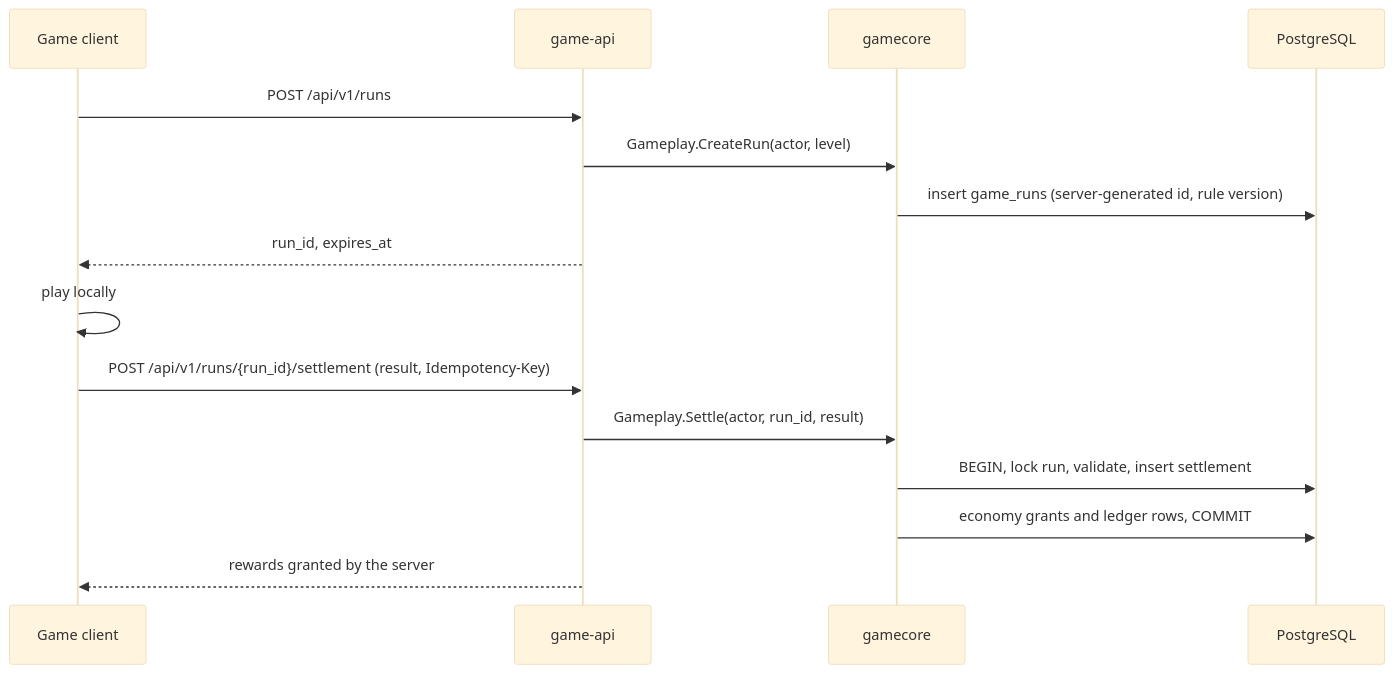
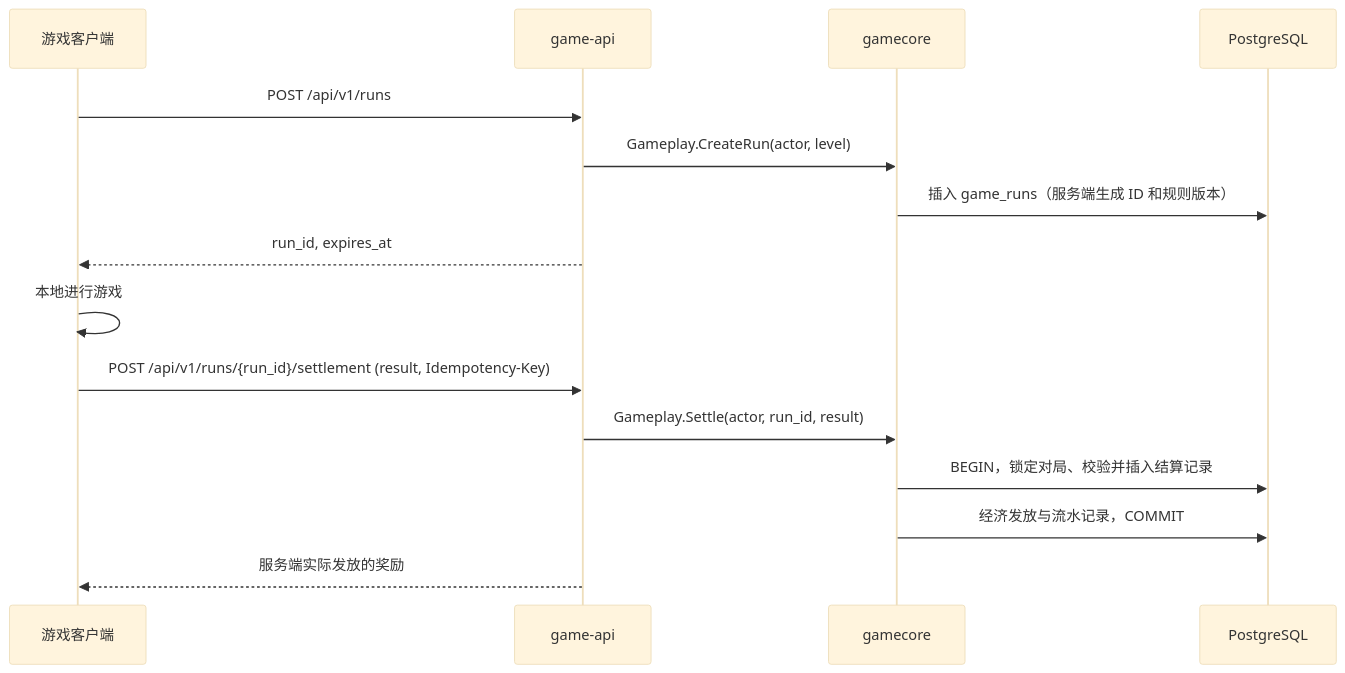
Before and after one commit to Sakuya1998/game-platform: the third of 3 diagrams in docs/architecture/system-architecture.md, drawn with Mermaid (base theme). The commit also changed other lines of this file and 35 other files, not shown here.

````diff
--- a/docs/architecture/system-architecture.md
+++ b/docs/architecture/system-architecture.md
@@ -90,17 +90,17 @@
 ```mermaid
 sequenceDiagram
-  participant C as Game client
+  participant C as 游戏客户端
   participant A as game-api
   participant G as gamecore
   participant D as PostgreSQL
   C->>A: POST /api/v1/runs
   A->>G: Gameplay.CreateRun(actor, level)
-  G->>D: insert game_runs (server-generated id, rule version)
+  G->>D: 插入 game_runs（服务端生成 ID 和规则版本）
   A-->>C: run_id, expires_at
-  C->>C: play locally
+  C->>C: 本地进行游戏
   C->>A: POST /api/v1/runs/{run_id}/settlement (result, Idempotency-Key)
   A->>G: Gameplay.Settle(actor, run_id, result)
-  G->>D: BEGIN, lock run, validate, insert settlement
-  G->>D: economy grants and ledger rows, COMMIT
-  A-->>C: rewards granted by the server
+  G->>D: BEGIN，锁定对局、校验并插入结算记录
+  G->>D: 经济发放与流水记录，COMMIT
+  A-->>C: 服务端实际发放的奖励
 ```
````
